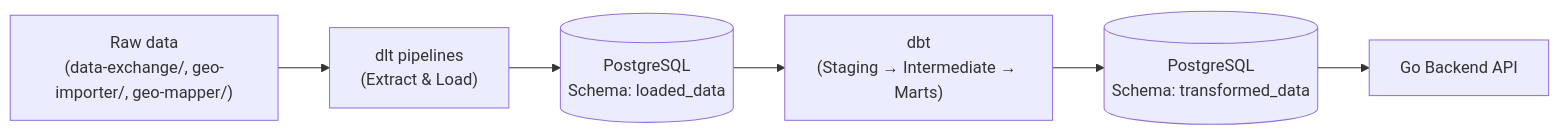
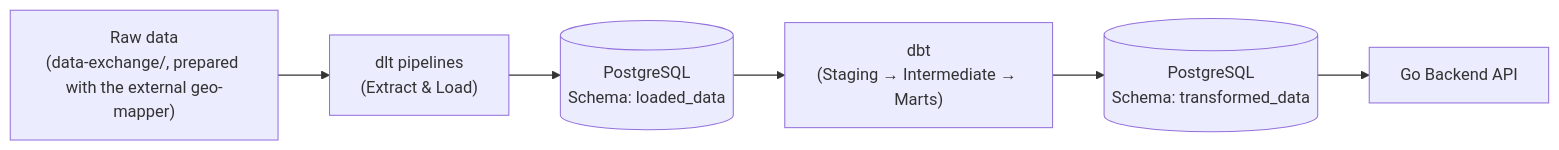
One commit to BjoernFuertges/Socioeconomic-Data changed the diagram in docs/index.md. Above: the diagram before and after it, drawn with Mermaid. The commit also changed other lines of this file and 181 other files, not shown here.

````diff
--- a/docs/index.md
+++ b/docs/index.md
@@ -14,11 +14,11 @@
 ```mermaid
 flowchart LR
-    sources["Raw data\n(data-exchange/, geo-importer/, geo-mapper/)"]
+    sources["Raw data\n(data-exchange/, prepared with the external geo-mapper)"]
     dlt["dlt pipelines\n(Extract & Load)"]
     pg_loaded[("PostgreSQL\nSchema: loaded_data")]
     dbt["dbt\n(Staging → Intermediate → Marts)"]
     pg_transformed[("PostgreSQL\nSchema: transformed_data")]
     api["Go Backend API"]
 
     sources --> dlt --> pg_loaded --> dbt --> pg_transformed --> api
 ```
````
